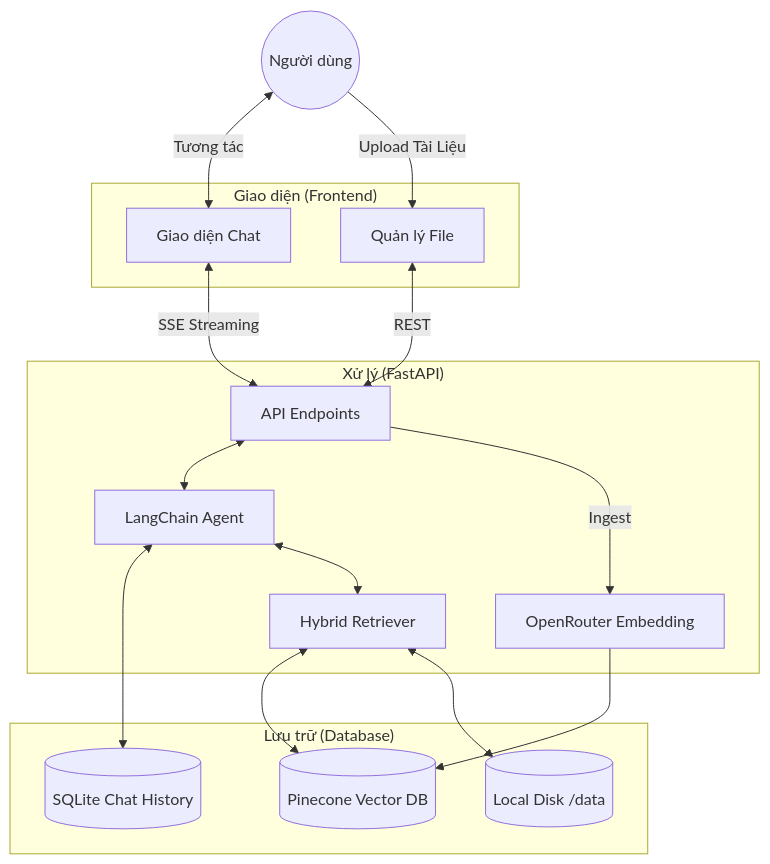
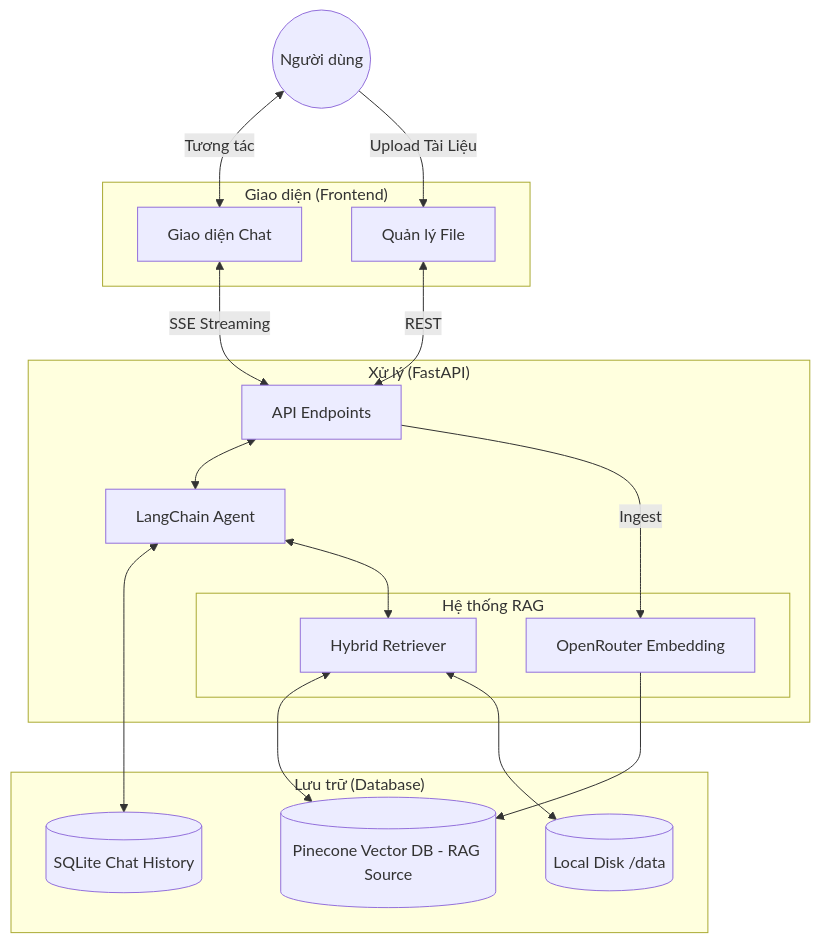
Before and after one commit to VTD0102/RAG-midterm: the diagram in README.md, drawn with Mermaid. The commit also changed 1 other file, not shown here.

````diff
--- a/README.md
+++ b/README.md
@@ -7,38 +7,41 @@
 ```mermaid
 graph TD
     User((Người dùng))
     
     subgraph UI ["Giao diện (Frontend)"]
         ChatUI[Giao diện Chat]
         FileUI[Quản lý File]
     end
     
     subgraph Backend ["Xử lý (FastAPI)"]
         API[API Endpoints]
         Agent[LangChain Agent]
-        Retriever[Hybrid Retriever]
-        Embed[OpenRouter Embedding]
+        
+        subgraph RAG ["Hệ thống RAG"]
+            Retriever[Hybrid Retriever]
+            Embed[OpenRouter Embedding]
+        end
     end
     
     subgraph Storage ["Lưu trữ (Database)"]
-        Pinecone[(Pinecone Vector DB)]
+        Pinecone[(Pinecone Vector DB - RAG Source)]
         SQLite[(SQLite Chat History)]
         Disk[(Local Disk /data)]
     end
     
     User <-->|Tương tác| ChatUI
     User -->|Upload Tài Liệu| FileUI
     
     ChatUI <-->|SSE Streaming| API
     FileUI <-->|REST| API
     
     API <--> Agent
     Agent <--> SQLite
     Agent <--> Retriever
     
     Retriever <--> Pinecone
     Retriever <--> Disk
     
     API -->|Ingest| Embed
     Embed --> Pinecone
 ```
````
